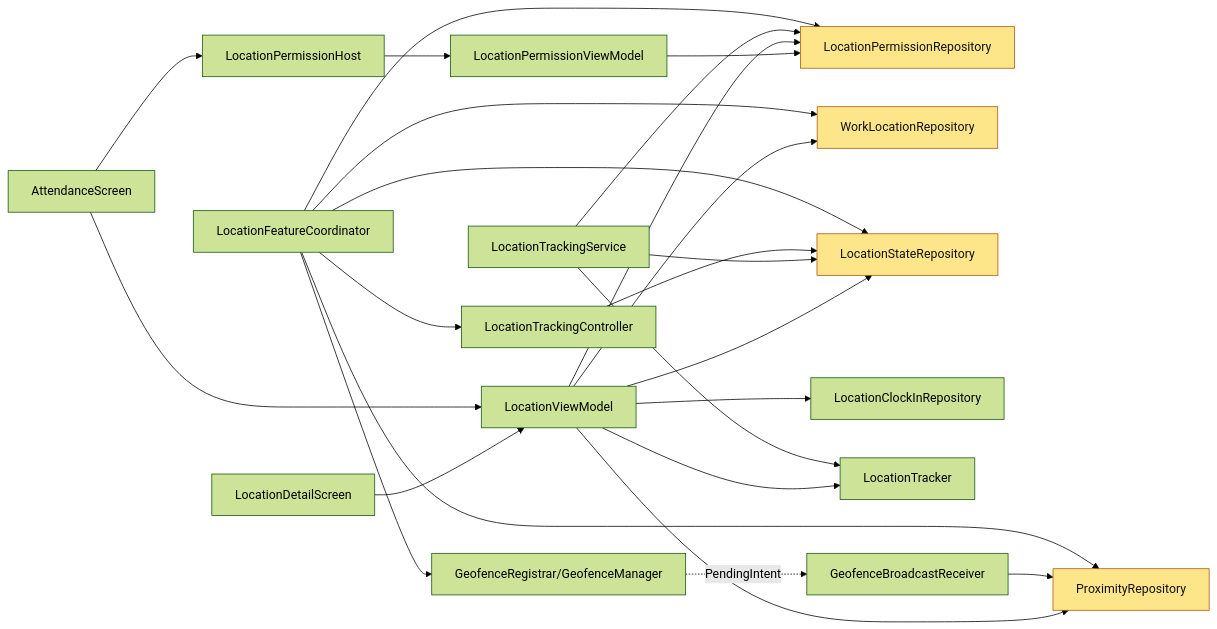
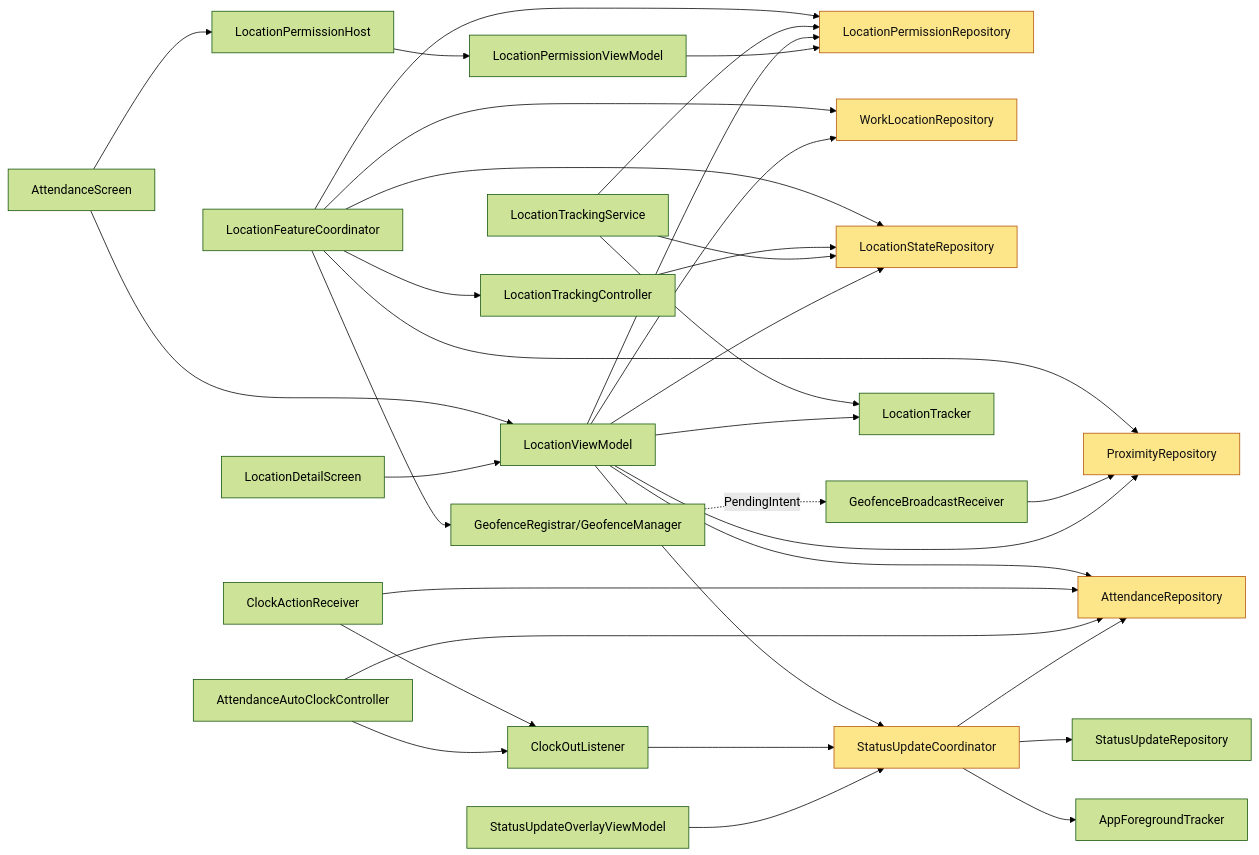
Before and after one commit to jaustinjr-code/employee-attendance-android: the eighth of 8 diagrams in docs/architecture/class-diagrams.md, drawn with Mermaid (forest theme). The commit also changed other lines of this file and 53 other files, not shown here.

First line of the commit message:
Add Status Update prompt after every clock-out

````diff
--- a/docs/architecture/class-diagrams.md
+++ b/docs/architecture/class-diagrams.md
@@ -491,46 +614,63 @@
 ```mermaid
 graph LR
     LPR[LocationPermissionRepository]
     WLR[WorkLocationRepository]
     LSR[LocationStateRepository]
     PR[ProximityRepository]
-    LCIR[LocationClockInRepository]
+    AR[AttendanceRepository]
+    SUC[StatusUpdateCoordinator]
+    SUR[StatusUpdateRepository]
+    AFT[AppForegroundTracker]
+    COL[ClockOutListener]
+    CAR[ClockActionReceiver]
+    ACC[AttendanceAutoClockController]
+    SUOVM[StatusUpdateOverlayViewModel]
     LT[LocationTracker]
     LTC[LocationTrackingController]
     GR[GeofenceRegistrar/GeofenceManager]
     LFC[LocationFeatureCoordinator]
     LTS[LocationTrackingService]
     GBR[GeofenceBroadcastReceiver]
     LVM[LocationViewModel]
     LPVM[LocationPermissionViewModel]
     HOST[LocationPermissionHost]
     AS[AttendanceScreen]
     LDS[LocationDetailScreen]
 
     LFC --> LPR
     LFC --> WLR
     LFC --> LTC
     LFC --> GR
     LFC --> LSR
     LFC --> PR
     LTC --> LSR
     LTS --> LT
     LTS --> LSR
     LTS --> LPR
     GBR --> PR
     GR -.->|PendingIntent| GBR
     LVM --> WLR
     LVM --> PR
     LVM --> LSR
     LVM --> LPR
     LVM --> LT
-    LVM --> LCIR
+    LVM --> AR
+    LVM --> SUC
+    COL --> SUC
+    CAR --> AR
+    CAR --> COL
+    ACC --> AR
+    ACC --> COL
+    SUC --> AR
+    SUC --> SUR
+    SUC --> AFT
+    SUOVM --> SUC
     LPVM --> LPR
     HOST --> LPVM
     AS --> LVM
     AS --> HOST
     LDS --> LVM
 
     classDef hub fill:#fde68a,stroke:#b45309,color:#111
-    class LPR,PR,LSR,WLR hub
+    class LPR,PR,LSR,WLR,AR,SUC hub
 ```
````
